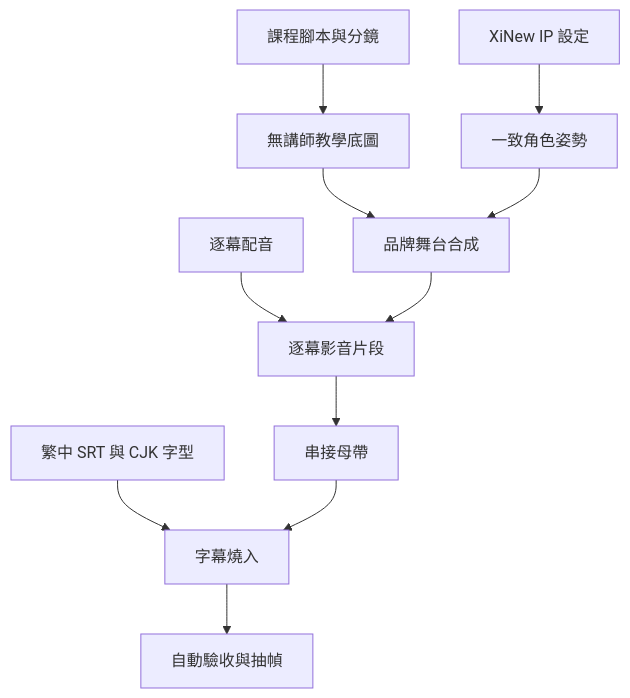
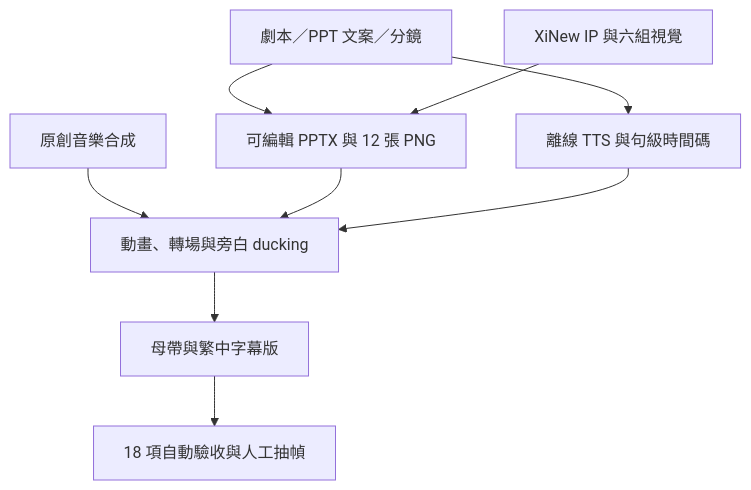
The diagram in docs/architecture.md (pcpcchen-coder/XiNewVideoGPT), drawn with Mermaid before and after one commit. The commit also changed other lines of this file and 74 other files, not shown here.

````diff
--- a/docs/architecture.md
+++ b/docs/architecture.md
@@ -3,13 +3,11 @@
 ```mermaid
 flowchart TD
-  A[課程腳本與分鏡] --> B[無講師教學底圖]
-  C[XiNew IP 設定] --> D[一致角色姿勢]
-  B --> E[品牌舞台合成]
-  D --> E
-  F[逐幕配音] --> G[逐幕影音片段]
-  E --> G
-  G --> H[串接母帶]
-  I[繁中 SRT 與 CJK 字型] --> J[字幕燒入]
-  H --> J
-  J --> K[自動驗收與抽幀]
+  A[劇本／PPT 文案／分鏡] --> B[可編輯 PPTX 與 12 張 PNG]
+  C[XiNew IP 與六組視覺] --> B
+  A --> D[離線 TTS 與句級時間碼]
+  E[原創音樂合成] --> F[動畫、轉場與旁白 ducking]
+  B --> F
+  D --> F
+  F --> G[母帶與繁中字幕版]
+  G --> H[18 項自動驗收與人工抽幀]
 ```
````
